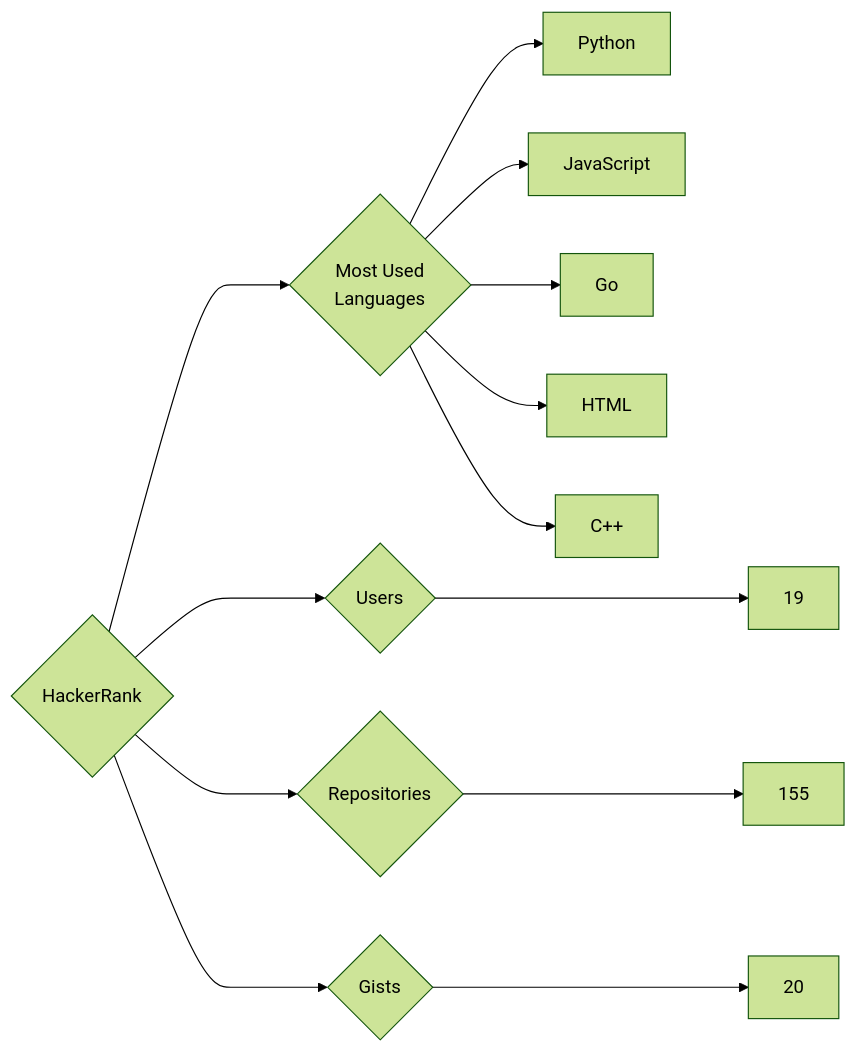
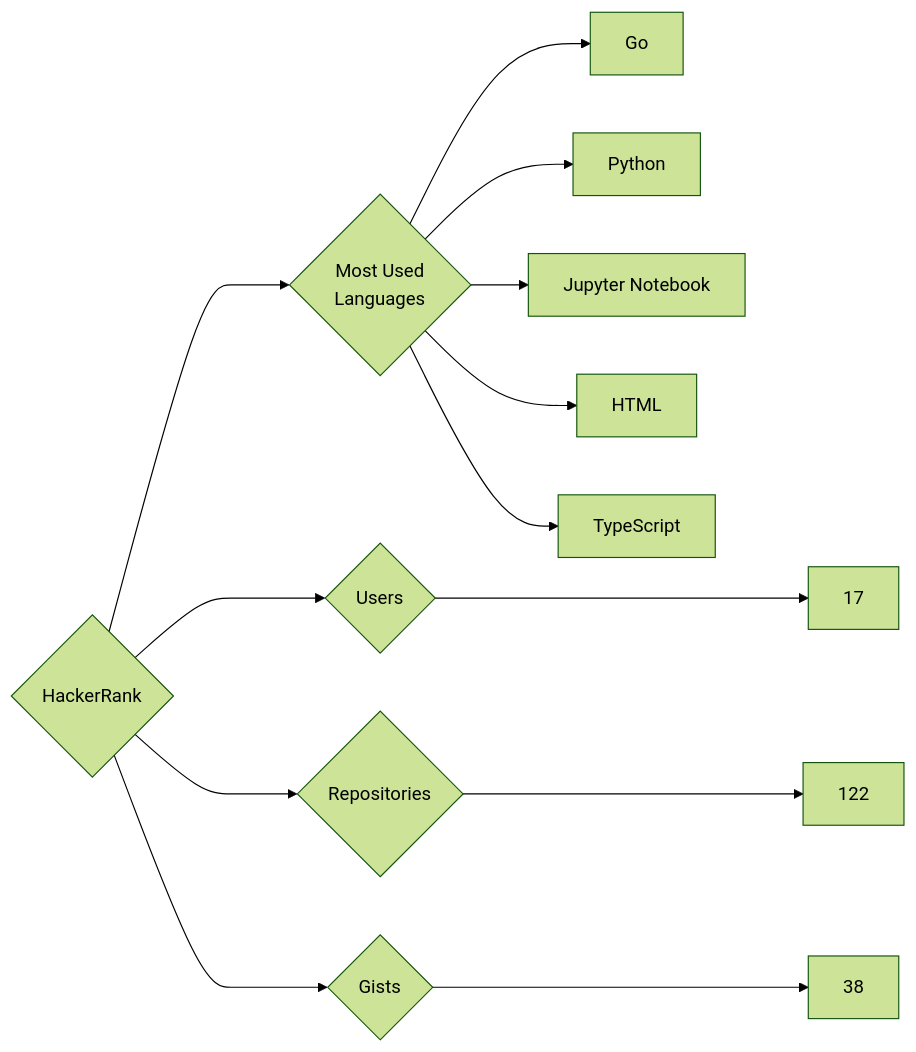
The diagram in targets/HackerRank/README.md (trickest/insiders), drawn with Mermaid (forest theme) before and after one commit. The commit also changed 1212 other files, not shown here.

````diff
--- a/targets/HackerRank/README.md
+++ b/targets/HackerRank/README.md
@@ -3,13 +3,13 @@
 ```mermaid
 graph LR
 COMPANY_NAME{HackerRank}
-COMPANY_NAME ---> U{Users} ---> UN[19]
-COMPANY_NAME ---> R{Repositories} ---> RN[155]
-COMPANY_NAME ---> G{Gists} ---> GN[20]
+COMPANY_NAME ---> U{Users} ---> UN[17]
+COMPANY_NAME ---> R{Repositories} ---> RN[122]
+COMPANY_NAME ---> G{Gists} ---> GN[38]
 COMPANY_NAME ---> ML{Most Used<br>Languages}
+ML --> Go[Go]
 ML --> Python[Python]
-ML --> JavaScript[JavaScript]
-ML --> Go[Go]
+ML --> Jupyter_Notebook[Jupyter Notebook]
 ML --> HTML[HTML]
-ML --> C++[C++]
+ML --> TypeScript[TypeScript]
 ```
````
